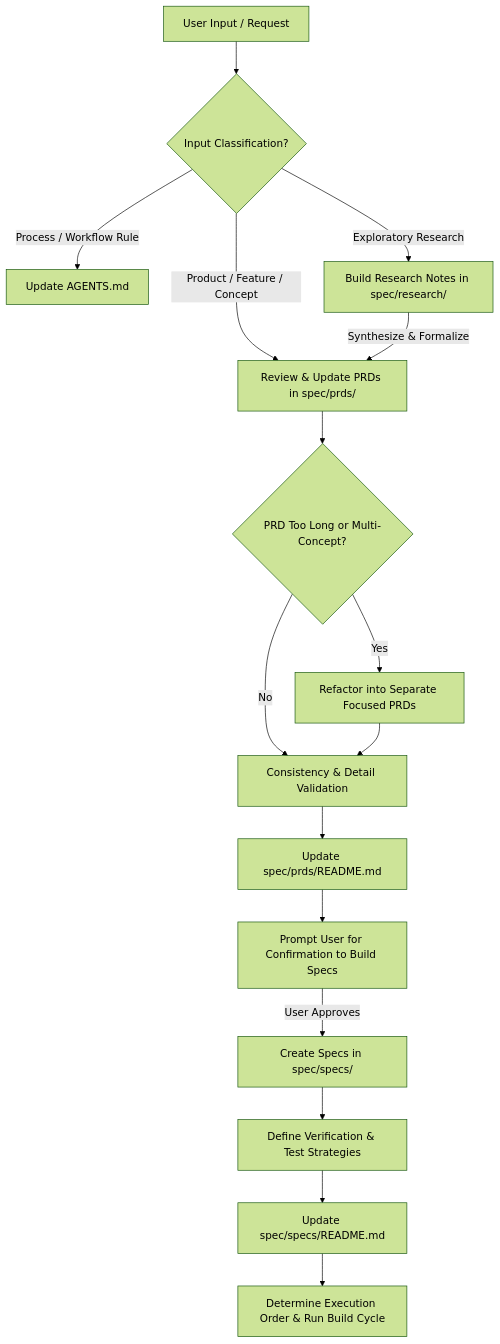
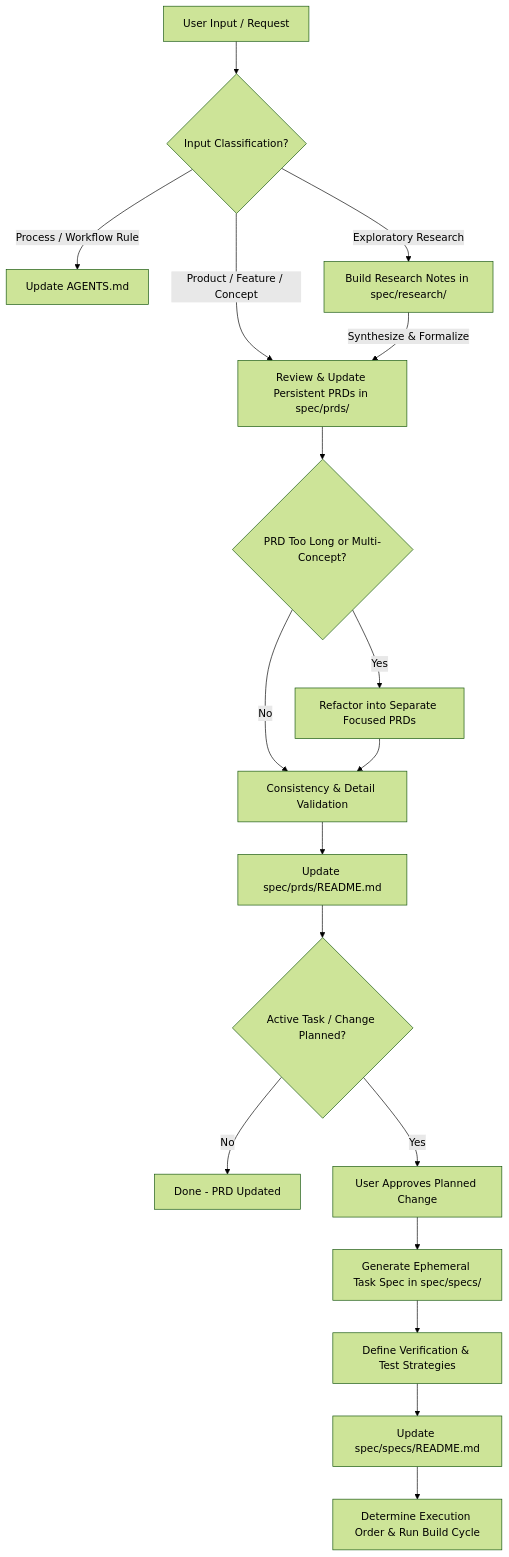
One commit to PolecatWorks/home-k8s changed the diagram in AGENTS.md. Above: the diagram before and after it, drawn with Mermaid (forest theme). The commit also changed other lines of this file and 8 other files, not shown here.

````diff
--- a/AGENTS.md
+++ b/AGENTS.md
@@ -16,18 +16,20 @@
 ```mermaid
 flowchart TD
     A[User Input / Request] --> B{Input Classification?}
     B -->|Process / Workflow Rule| C[Update AGENTS.md]
     B -->|Exploratory Research| D[Build Research Notes in spec/research/]
-    B -->|Product / Feature / Concept| E[Review & Update PRDs in spec/prds/]
+    B -->|Product / Feature / Concept| E[Review & Update Persistent PRDs in spec/prds/]
     D -->|Synthesize & Formalize| E
     E --> F{PRD Too Long or Multi-Concept?}
     F -->|Yes| G[Refactor into Separate Focused PRDs]
     F -->|No| H[Consistency & Detail Validation]
     G --> H
     H --> I[Update spec/prds/README.md]
-    I --> J[Prompt User for Confirmation to Build Specs]
-    J -->|User Approves| K[Create Specs in spec/specs/]
-    K --> L[Define Verification & Test Strategies]
-    L --> M[Update spec/specs/README.md]
-    M --> N[Determine Execution Order & Run Build Cycle]
+    I --> J{Active Task / Change Planned?}
+    J -->|No| K[Done - PRD Updated]
+    J -->|Yes| L[User Approves Planned Change]
+    L --> M[Generate Ephemeral Task Spec in spec/specs/]
+    M --> N[Define Verification & Test Strategies]
+    N --> O[Update spec/specs/README.md]
+    O --> P[Determine Execution Order & Run Build Cycle]
 ```
````
